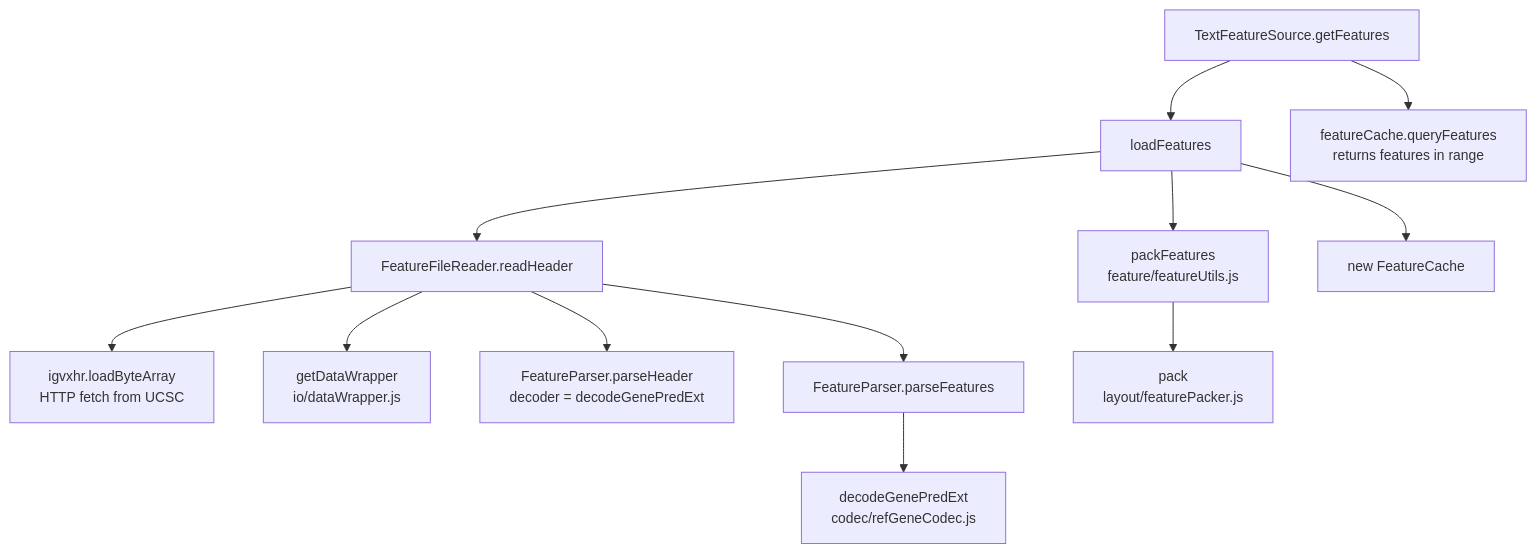
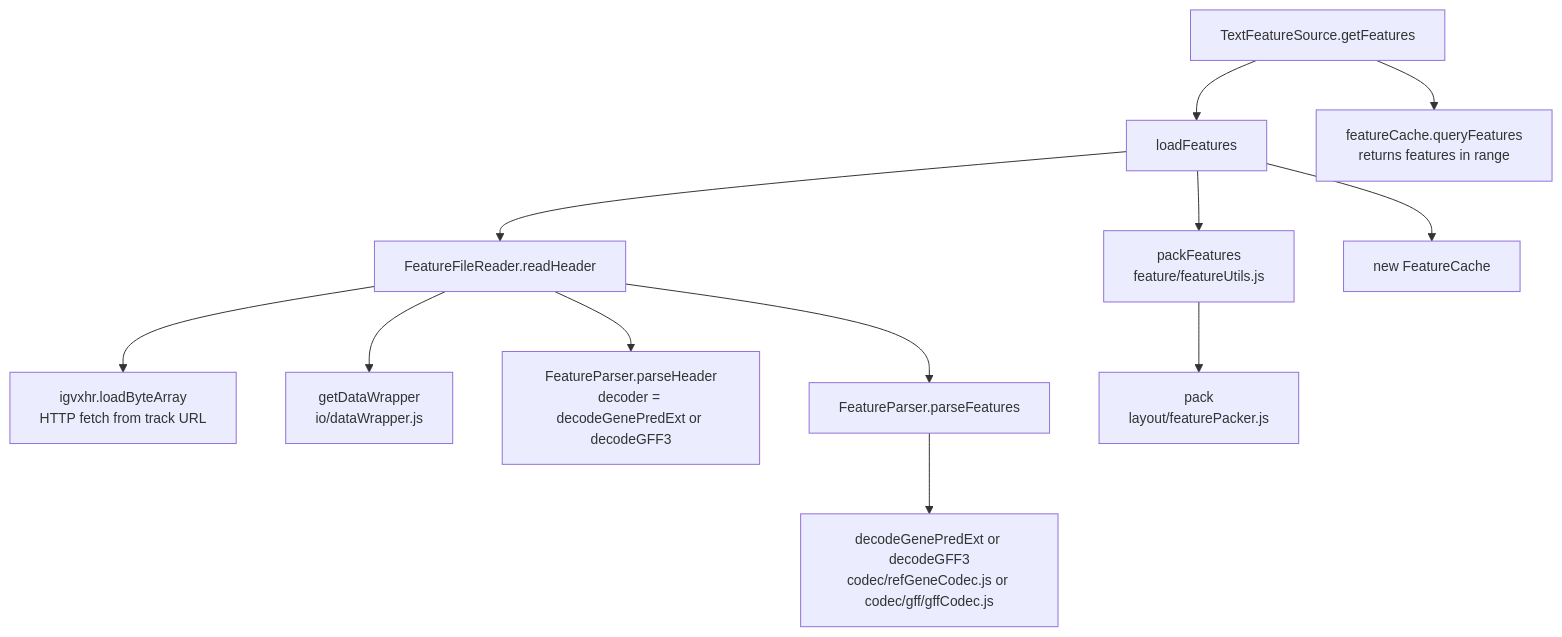
One commit to CAST-genomics/pgb changed the second of 4 diagrams in notes/architecture/igvcore-architecture.md. Above: the diagram before and after it, drawn with Mermaid. The commit also changed other lines of this file and 29 other files, not shown here.

````diff
--- a/notes/architecture/igvcore-architecture.md
+++ b/notes/architecture/igvcore-architecture.md
@@ -85,28 +122,28 @@
 ```mermaid
 %%{init: {'themeVariables': {'fontSize': '14px'}}}%%
 flowchart TB
     GF[TextFeatureSource.getFeatures]
     LF[loadFeatures]
     RH[FeatureFileReader.readHeader]
-    XHR[igvxhr.loadByteArray<br/>HTTP fetch from UCSC]
+    XHR[igvxhr.loadByteArray<br/>HTTP fetch from track URL]
     DW[getDataWrapper<br/>io/dataWrapper.js]
-    PH[FeatureParser.parseHeader<br/>decoder = decodeGenePredExt]
+    PH[FeatureParser.parseHeader<br/>decoder = decodeGenePredExt or decodeGFF3]
     PF[FeatureParser.parseFeatures]
-    DEC[decodeGenePredExt<br/>codec/refGeneCodec.js]
+    DEC[decodeGenePredExt or decodeGFF3<br/>codec/refGeneCodec.js or codec/gff/gffCodec.js]
     PACK[packFeatures<br/>feature/featureUtils.js]
     P[pack<br/>layout/featurePacker.js]
     FC[new FeatureCache]
     QF[featureCache.queryFeatures<br/>returns features in range]
 
     GF --> LF
     GF --> QF
     LF --> RH
     LF --> PACK
     LF --> FC
     RH --> XHR
     RH --> DW
     RH --> PH
     RH --> PF
     PF --> DEC
     PACK --> P
 ```
````
